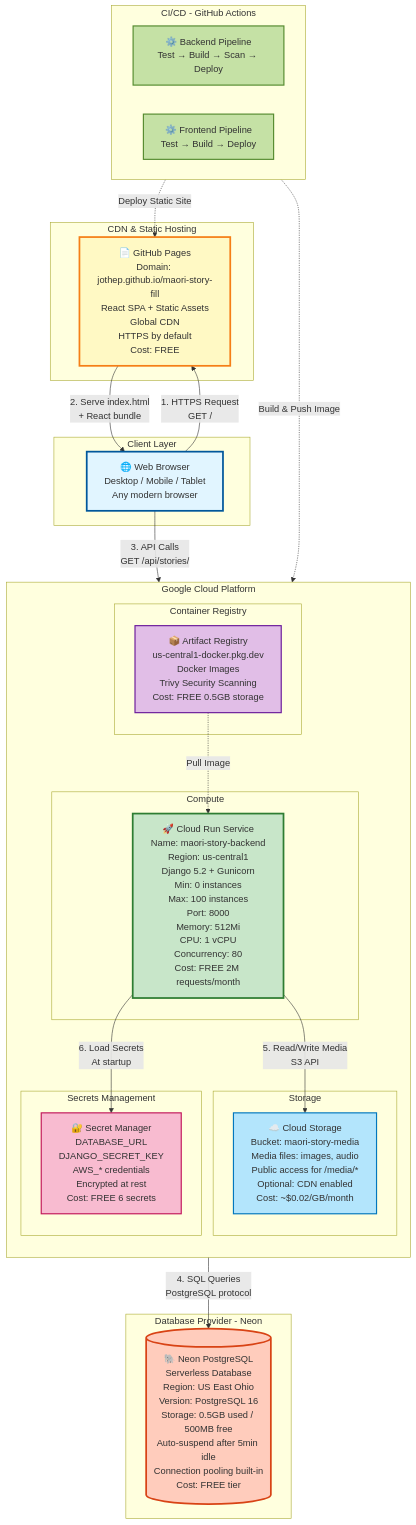
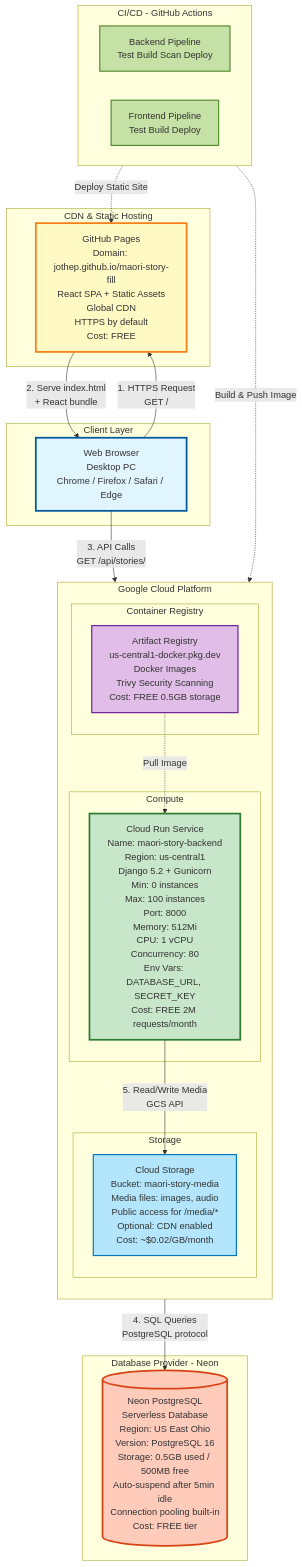
Before and after one commit to jothep/story-filler: the first of 4 diagrams in docs/architecture-production-gcp.md, drawn with Mermaid. The commit also changed other lines of this file and 1 other file, not shown here.

First line of the commit message:
Fix: Remove Secret Manager and update browser support in architecture docs

````diff
--- a/docs/architecture-production-gcp.md
+++ b/docs/architecture-production-gcp.md
@@ -24,66 +24,60 @@
 ```mermaid
 graph TB
     subgraph "Client Layer"
-        Browser[🌐 Web Browser<br/>Desktop / Mobile / Tablet<br/>Any modern browser]
+        Browser[Web Browser<br/>Desktop PC<br/>Chrome / Firefox / Safari / Edge]
     end
 
     subgraph "CDN & Static Hosting"
-        GHPages[📄 GitHub Pages<br/>Domain: jothep.github.io/maori-story-fill<br/>React SPA + Static Assets<br/>Global CDN<br/>HTTPS by default<br/>Cost: FREE]
+        GHPages[GitHub Pages<br/>Domain: jothep.github.io/maori-story-fill<br/>React SPA + Static Assets<br/>Global CDN<br/>HTTPS by default<br/>Cost: FREE]
     end
 
     subgraph "Google Cloud Platform"
         direction TB
         
         subgraph "Container Registry"
-            ArtifactRegistry[📦 Artifact Registry<br/>us-central1-docker.pkg.dev<br/>Docker Images<br/>Trivy Security Scanning<br/>Cost: FREE 0.5GB storage]
+            ArtifactRegistry[Artifact Registry<br/>us-central1-docker.pkg.dev<br/>Docker Images<br/>Trivy Security Scanning<br/>Cost: FREE 0.5GB storage]
         end
         
         subgraph "Compute"
-            CloudRun[🚀 Cloud Run Service<br/>Name: maori-story-backend<br/>Region: us-central1<br/>Django 5.2 + Gunicorn<br/>Min: 0 instances<br/>Max: 100 instances<br/>Port: 8000<br/>Memory: 512Mi<br/>CPU: 1 vCPU<br/>Concurrency: 80<br/>Cost: FREE 2M requests/month]
+            CloudRun[Cloud Run Service<br/>Name: maori-story-backend<br/>Region: us-central1<br/>Django 5.2 + Gunicorn<br/>Min: 0 instances<br/>Max: 100 instances<br/>Port: 8000<br/>Memory: 512Mi<br/>CPU: 1 vCPU<br/>Concurrency: 80<br/>Env Vars: DATABASE_URL, SECRET_KEY<br/>Cost: FREE 2M requests/month]
         end
         
         subgraph "Storage"
-            GCS[☁️ Cloud Storage<br/>Bucket: maori-story-media<br/>Media files: images, audio<br/>Public access for /media/*<br/>Optional: CDN enabled<br/>Cost: ~$0.02/GB/month]
-        end
-        
-        subgraph "Secrets Management"
-            SecretManager[🔐 Secret Manager<br/>DATABASE_URL<br/>DJANGO_SECRET_KEY<br/>AWS_* credentials<br/>Encrypted at rest<br/>Cost: FREE 6 secrets]
+            GCS[Cloud Storage<br/>Bucket: maori-story-media<br/>Media files: images, audio<br/>Public access for /media/*<br/>Optional: CDN enabled<br/>Cost: ~$0.02/GB/month]
         end
     end
 
     subgraph "Database Provider - Neon"
-        NeonDB[(🐘 Neon PostgreSQL<br/>Serverless Database<br/>Region: US East Ohio<br/>Version: PostgreSQL 16<br/>Storage: 0.5GB used / 500MB free<br/>Auto-suspend after 5min idle<br/>Connection pooling built-in<br/>Cost: FREE tier)]
+        NeonDB[(Neon PostgreSQL<br/>Serverless Database<br/>Region: US East Ohio<br/>Version: PostgreSQL 16<br/>Storage: 0.5GB used / 500MB free<br/>Auto-suspend after 5min idle<br/>Connection pooling built-in<br/>Cost: FREE tier)]
     end
 
     subgraph "CI/CD - GitHub Actions"
         direction LR
-        BackendCI[⚙️ Backend Pipeline<br/>Test → Build → Scan → Deploy]
-        FrontendCI[⚙️ Frontend Pipeline<br/>Test → Build → Deploy]
+        BackendCI[Backend Pipeline<br/>Test Build Scan Deploy]
+        FrontendCI[Frontend Pipeline<br/>Test Build Deploy]
     end
 
     %% User Flow
     Browser -->|1. HTTPS Request<br/>GET /| GHPages
     GHPages -->|2. Serve index.html<br/>+ React bundle| Browser
     Browser -->|3. API Calls<br/>GET /api/stories/| CloudRun
     
     %% Backend Dependencies
     CloudRun -->|4. SQL Queries<br/>PostgreSQL protocol| NeonDB
-    CloudRun -->|5. Read/Write Media<br/>S3 API| GCS
-    CloudRun -->|6. Load Secrets<br/>At startup| SecretManager
+    CloudRun -->|5. Read/Write Media<br/>GCS API| GCS
     
     %% CI/CD Flow
     BackendCI -.->|Build & Push Image| ArtifactRegistry
     ArtifactRegistry -.->|Pull Image| CloudRun
     FrontendCI -.->|Deploy Static Site| GHPages
 
     %% Styling
     style Browser fill:#e1f5ff,stroke:#01579b,stroke-width:3px
     style GHPages fill:#fff9c4,stroke:#f57f17,stroke-width:3px
     style CloudRun fill:#c8e6c9,stroke:#2e7d32,stroke-width:3px
     style NeonDB fill:#ffccbc,stroke:#d84315,stroke-width:3px
     style ArtifactRegistry fill:#e1bee7,stroke:#6a1b9a,stroke-width:2px
     style GCS fill:#b3e5fc,stroke:#0277bd,stroke-width:2px
-    style SecretManager fill:#f8bbd0,stroke:#c2185b,stroke-width:2px
     style BackendCI fill:#c5e1a5,stroke:#558b2f,stroke-width:2px
     style FrontendCI fill:#c5e1a5,stroke:#558b2f,stroke-width:2px
 ```
````
